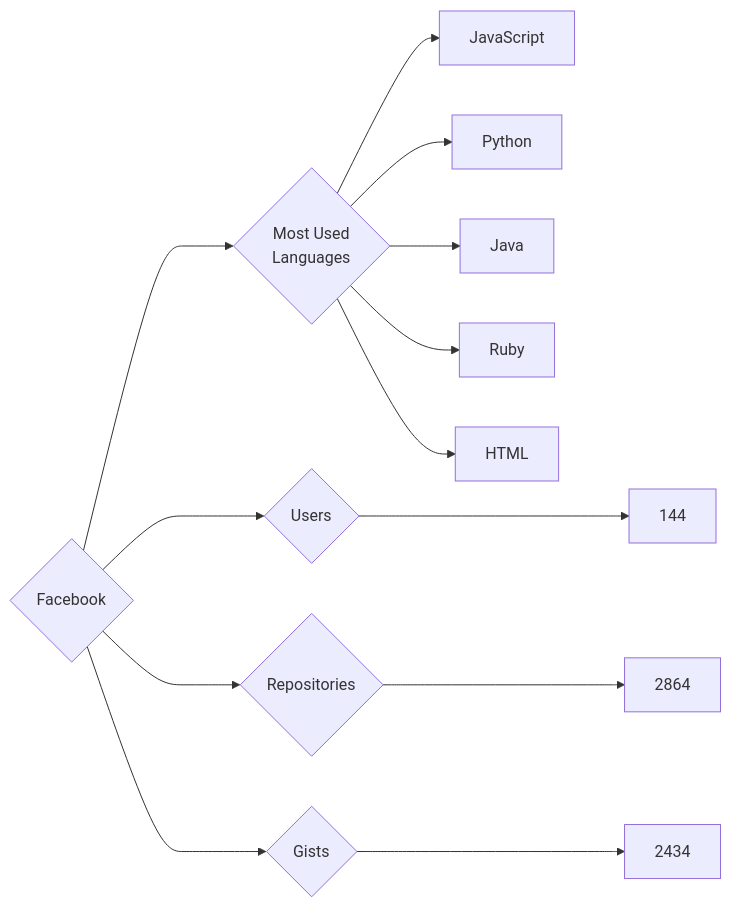
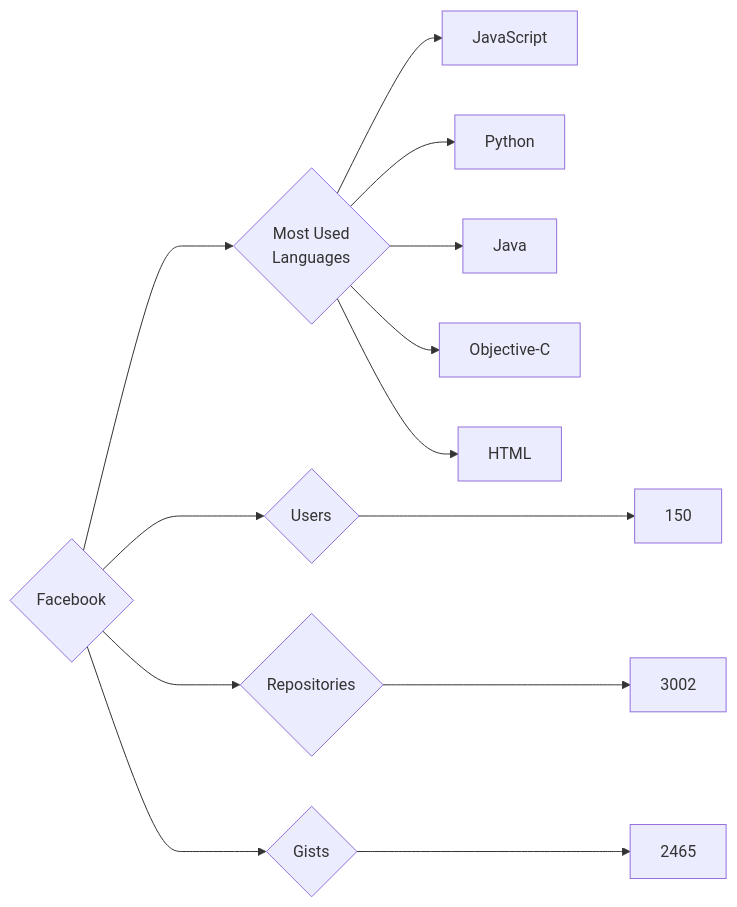
One commit to trickest/insiders changed the diagram in targets/Facebook/README.md. Above: the diagram before and after it, drawn with Mermaid. The commit also changed 772 other files, not shown here.

````diff
--- a/targets/Facebook/README.md
+++ b/targets/Facebook/README.md
@@ -3,13 +3,13 @@
 ```mermaid
 graph LR
 COMPANY_NAME{Facebook}
-COMPANY_NAME ---> U{Users} ---> UN[144]
-COMPANY_NAME ---> R{Repositories} ---> RN[2864]
-COMPANY_NAME ---> G{Gists} ---> GN[2434]
+COMPANY_NAME ---> U{Users} ---> UN[150]
+COMPANY_NAME ---> R{Repositories} ---> RN[3002]
+COMPANY_NAME ---> G{Gists} ---> GN[2465]
 COMPANY_NAME ---> ML{Most Used<br>Languages}
 ML --> JavaScript[JavaScript]
 ML --> Python[Python]
 ML --> Java[Java]
-ML --> Ruby[Ruby]
+ML --> Objective-C[Objective-C]
 ML --> HTML[HTML]
 ```
````
